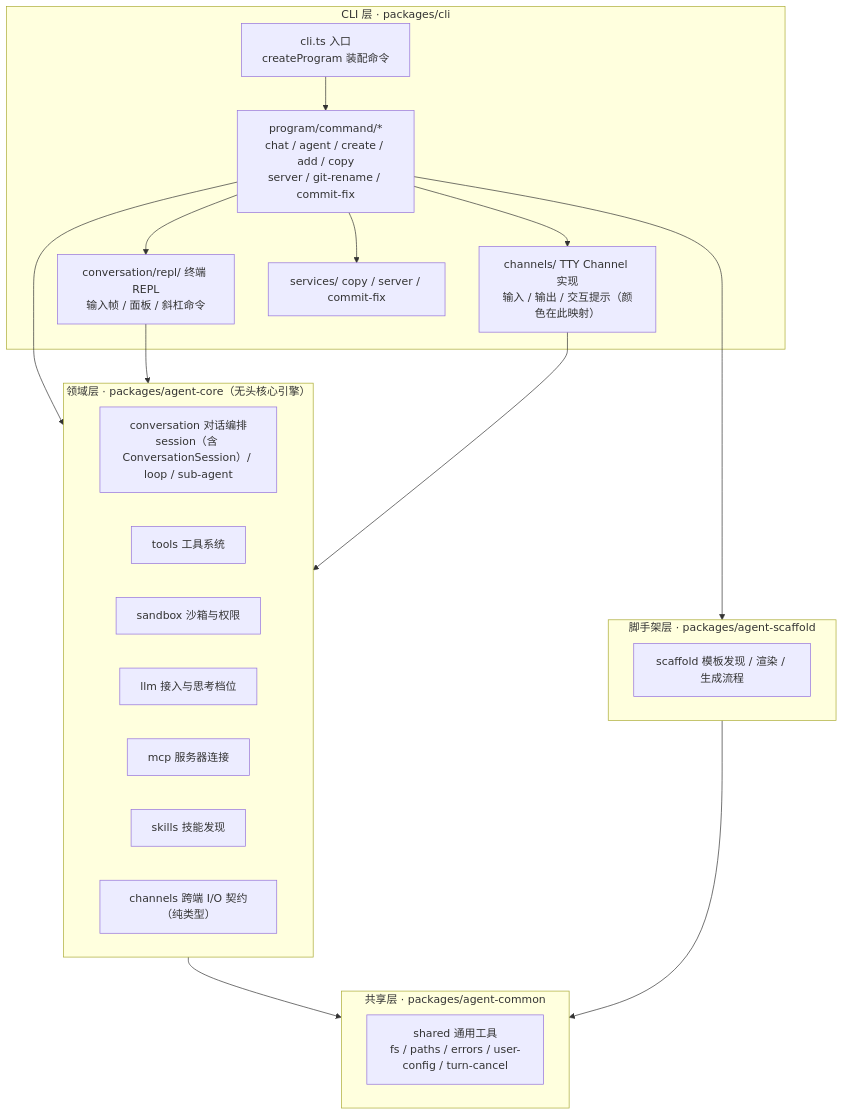
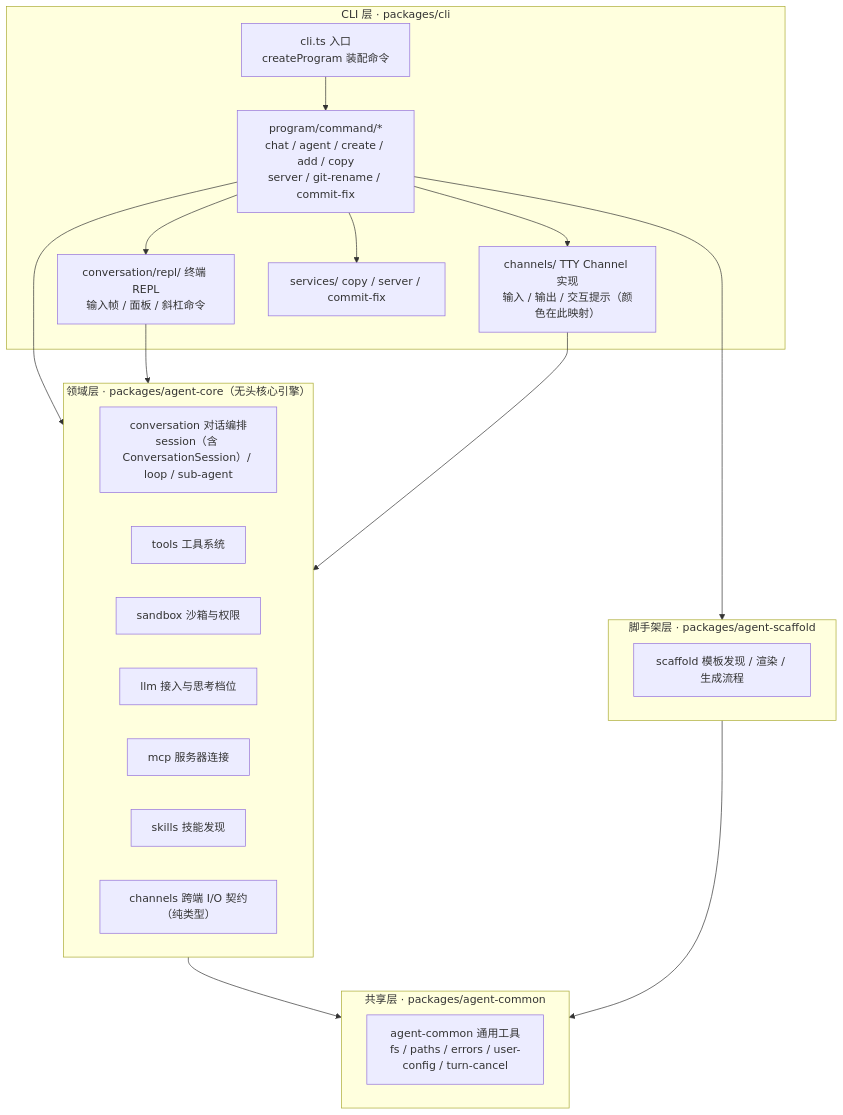
One commit to tanyueran/tx-cli changed the first of 3 diagrams in docs/ARCHITECTURE.md. Above: the diagram before and after it, drawn with Mermaid. The commit also changed other lines of this file and 1 other file, not shown here.

````diff
--- a/docs/ARCHITECTURE.md
+++ b/docs/ARCHITECTURE.md
@@ -22,32 +22,32 @@
 ```mermaid
 flowchart TD
     subgraph CLI层["CLI 层 · packages/cli"]
         CLI["cli.ts 入口<br/>createProgram 装配命令"]
         CMDS["program/command/*<br/>chat / agent / create / add / copy<br/>server / git-rename / commit-fix"]
         CHANNELS["channels/ TTY Channel 实现<br/>输入 / 输出 / 交互提示（颜色在此映射）"]
         REPL["conversation/repl/ 终端 REPL<br/>输入帧 / 面板 / 斜杠命令"]
         SERVICES["services/ copy / server / commit-fix"]
     end
     subgraph 领域层["领域层 · packages/agent-core（无头核心引擎）"]
         CONV["conversation 对话编排<br/>session（含 ConversationSession）/ loop / sub-agent"]
         TOOLS["tools 工具系统"]
         SANDBOX["sandbox 沙箱与权限"]
         LLM["llm 接入与思考档位"]
         MCP["mcp 服务器连接"]
         SKILLS["skills 技能发现"]
         CH["channels 跨端 I/O 契约（纯类型）"]
     end
     subgraph 脚手架层["脚手架层 · packages/agent-scaffold"]
         SCAFFOLD["scaffold 模板发现 / 渲染 / 生成流程"]
     end
     subgraph 共享层["共享层 · packages/agent-common"]
-        SHARED["shared 通用工具<br/>fs / paths / errors / user-config / turn-cancel"]
+        SHARED["agent-common 通用工具<br/>fs / paths / errors / user-config / turn-cancel"]
     end
     CLI --> CMDS --> 领域层
     CMDS --> REPL --> 领域层
     CMDS --> SERVICES
     CMDS --> CHANNELS --> 领域层
     CMDS --> 脚手架层
     领域层 --> 共享层
     脚手架层 --> 共享层
 ```
````
